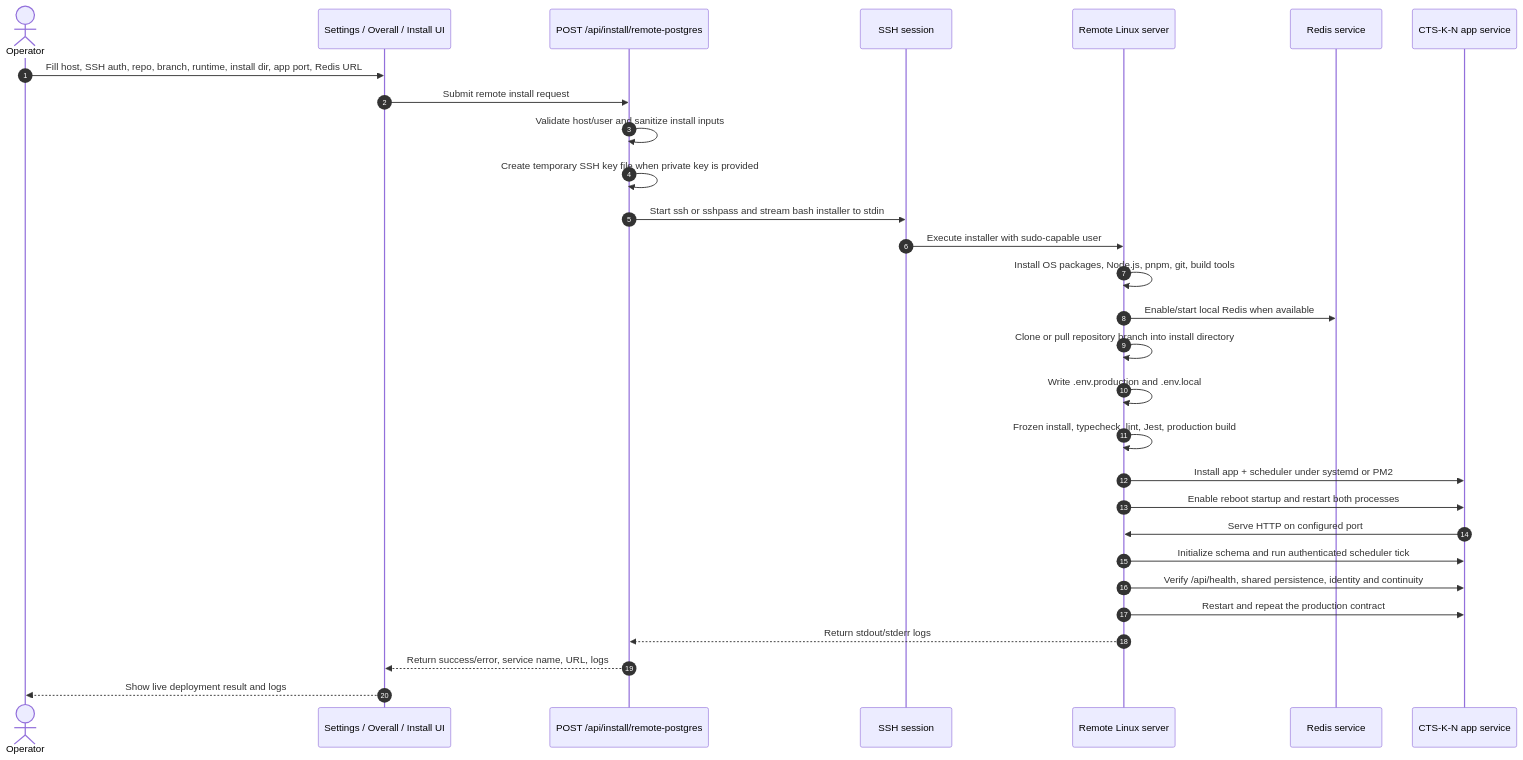
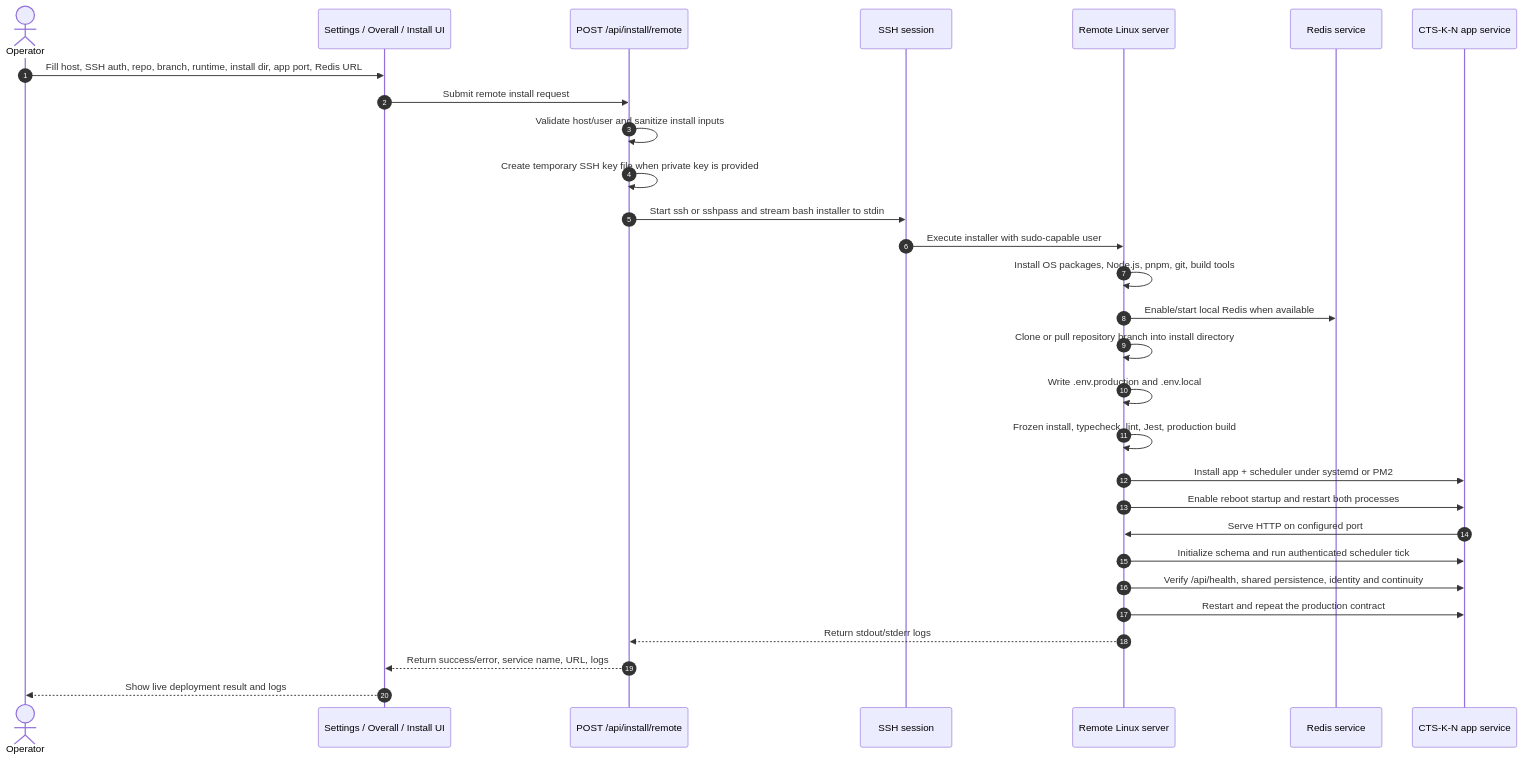
One commit to mxssnx-creator/CTS-K-N changed the third of 5 diagrams in docs/system-modules-map.md. Above: the diagram before and after it, drawn with Mermaid. The commit also changed 31 other files, not shown here.

````diff
--- a/docs/system-modules-map.md
+++ b/docs/system-modules-map.md
@@ -127,32 +127,32 @@
 ```mermaid
 sequenceDiagram
   autonumber
   actor Operator
   participant UI as Settings / Overall / Install UI
-  participant API as POST /api/install/remote-postgres
+  participant API as POST /api/install/remote
   participant SSH as SSH session
   participant Server as Remote Linux server
   participant Redis as Redis service
   participant App as CTS-K-N app service
 
   Operator->>UI: Fill host, SSH auth, repo, branch, runtime, install dir, app port, Redis URL
   UI->>API: Submit remote install request
   API->>API: Validate host/user and sanitize install inputs
   API->>API: Create temporary SSH key file when private key is provided
   API->>SSH: Start ssh or sshpass and stream bash installer to stdin
   SSH->>Server: Execute installer with sudo-capable user
   Server->>Server: Install OS packages, Node.js, pnpm, git, build tools
   Server->>Redis: Enable/start local Redis when available
   Server->>Server: Clone or pull repository branch into install directory
   Server->>Server: Write .env.production and .env.local
   Server->>Server: Frozen install, typecheck, lint, Jest, production build
   Server->>App: Install app + scheduler under systemd or PM2
   Server->>App: Enable reboot startup and restart both processes
   App->>Server: Serve HTTP on configured port
   Server->>App: Initialize schema and run authenticated scheduler tick
   Server->>App: Verify /api/health, shared persistence, identity and continuity
   Server->>App: Restart and repeat the production contract
   Server-->>API: Return stdout/stderr logs
   API-->>UI: Return success/error, service name, URL, logs
   UI-->>Operator: Show live deployment result and logs
 ```
````
